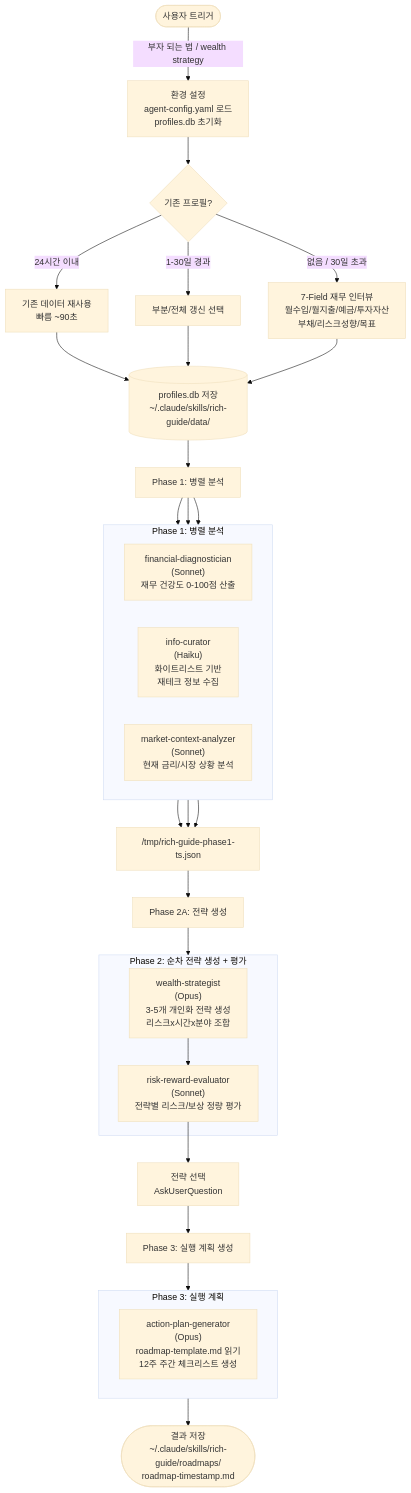
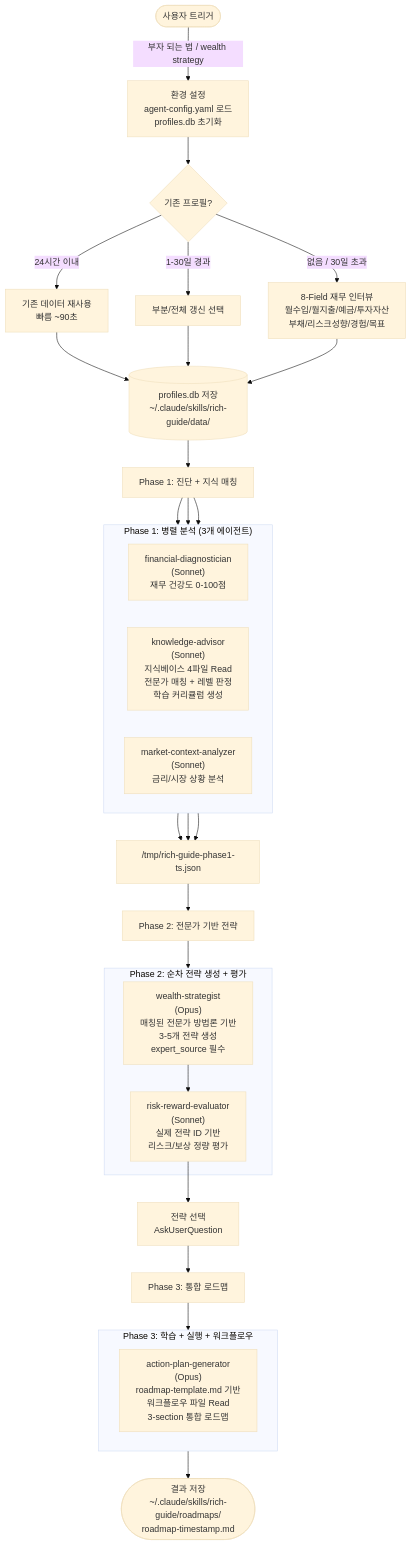
Before and after one commit to JayKim88/claude-ai-engineering: the diagram in plugins/rich-guide/README.md, drawn with Mermaid (base theme). The commit also changed other lines of this file and 19 other files, not shown here.

First line of the commit message:
feat(rich-guide): evolve to v3.0 with expert knowledge base and dual-mode architecture

````diff
--- a/plugins/rich-guide/README.md
+++ b/plugins/rich-guide/README.md
@@ -25,42 +25,42 @@
 ```mermaid
 flowchart TD
     A([사용자 트리거]) -->|"부자 되는 법 / wealth strategy"| B["환경 설정<br/>agent-config.yaml 로드<br/>profiles.db 초기화"]
     B --> C{기존 프로필?}
 
     C -->|24시간 이내| D["기존 데이터 재사용<br/>빠름 ~90초"]
     C -->|1-30일 경과| E[부분/전체 갱신 선택]
-    C -->|없음 / 30일 초과| F["7-Field 재무 인터뷰<br/>월수입/월지출/예금/투자자산<br/>부채/리스크성향/목표"]
+    C -->|없음 / 30일 초과| F["8-Field 재무 인터뷰<br/>월수입/월지출/예금/투자자산<br/>부채/리스크성향/경험/목표"]
 
     D & E & F --> G[("profiles.db 저장<br/>~/.claude/skills/rich-guide/data/")]
 
-    G --> H[Phase 1: 병렬 분석]
+    G --> H[Phase 1: 진단 + 지식 매칭]
 
-    subgraph Phase1["Phase 1: 병렬 분석"]
+    subgraph Phase1["Phase 1: 병렬 분석 (3개 에이전트)"]
         direction LR
-        P1A["financial-diagnostician<br/>(Sonnet)<br/>재무 건강도 0-100점 산출"]
-        P1B["info-curator<br/>(Haiku)<br/>화이트리스트 기반<br/>재테크 정보 수집"]
-        P1C["market-context-analyzer<br/>(Sonnet)<br/>현재 금리/시장 상황 분석"]
+        P1A["financial-diagnostician<br/>(Sonnet)<br/>재무 건강도 0-100점"]
+        P1B["knowledge-advisor<br/>(Sonnet)<br/>지식베이스 4파일 Read<br/>전문가 매칭 + 레벨 판정<br/>학습 커리큘럼 생성"]
+        P1C["market-context-analyzer<br/>(Sonnet)<br/>금리/시장 상황 분석"]
     end
 
     H --> P1A & P1B & P1C
     P1A & P1B & P1C --> I["/tmp/rich-guide-phase1-ts.json"]
 
-    I --> J[Phase 2A: 전략 생성]
+    I --> J[Phase 2: 전문가 기반 전략]
 
     subgraph Phase2["Phase 2: 순차 전략 생성 + 평가"]
-        J2A["wealth-strategist<br/>(Opus)<br/>3-5개 개인화 전략 생성<br/>리스크x시간x분야 조합"]
-        J2B["risk-reward-evaluator<br/>(Sonnet)<br/>전략별 리스크/보상 정량 평가"]
+        J2A["wealth-strategist<br/>(Opus)<br/>매칭된 전문가 방법론 기반<br/>3-5개 전략 생성<br/>expert_source 필수"]
+        J2B["risk-reward-evaluator<br/>(Sonnet)<br/>실제 전략 ID 기반<br/>리스크/보상 정량 평가"]
         J2A --> J2B
     end
 
     J --> Phase2
     J2B --> K["전략 선택<br/>AskUserQuestion"]
-    K --> L[Phase 3: 실행 계획 생성]
+    K --> L[Phase 3: 통합 로드맵]
 
-    subgraph Phase3["Phase 3: 실행 계획"]
-        L3["action-plan-generator<br/>(Opus)<br/>roadmap-template.md 읽기<br/>12주 주간 체크리스트 생성"]
+    subgraph Phase3["Phase 3: 학습 + 실행 + 워크플로우"]
+        L3["action-plan-generator<br/>(Opus)<br/>roadmap-template.md 기반<br/>워크플로우 파일 Read<br/>3-section 통합 로드맵"]
     end
 
     L --> Phase3
     Phase3 --> M(["결과 저장<br/>~/.claude/skills/rich-guide/roadmaps/<br/>roadmap-timestamp.md"])
 ```
````
